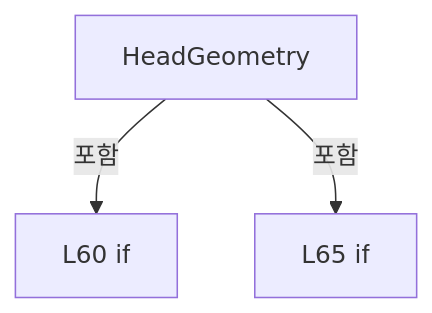
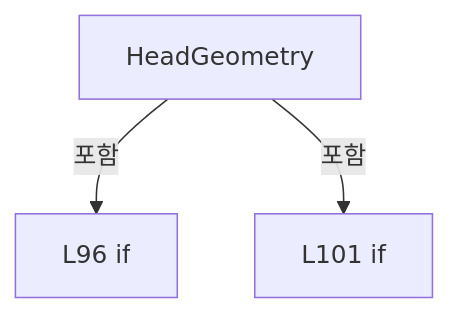
One commit to kjuws10-rgb/Shared changed the seventh of 16 diagrams in A3 LD Code Ref/files/Drilling.Common/Correction/CDefaultOffsetCalibration.cs.md. Above: the diagram before and after it, drawn with Mermaid. The commit also changed other lines of this file and 1984 other files, not shown here.

Commit message:
docs(a3): update 11.17.0 architecture and complete code reference

````diff
--- a/A3 LD Code Ref/files/Drilling.Common/Correction/CDefaultOffsetCalibration.cs.md
+++ b/A3 LD Code Ref/files/Drilling.Common/Correction/CDefaultOffsetCalibration.cs.md
@@ -473,8 +695,8 @@
 ```mermaid
 flowchart TD
  M["HeadGeometry"]
- N0["L60 if"]
+ N0["L96 if"]
  M -->|포함| N0
- N1["L65 if"]
+ N1["L101 if"]
  M -->|포함| N1
 ```
````
